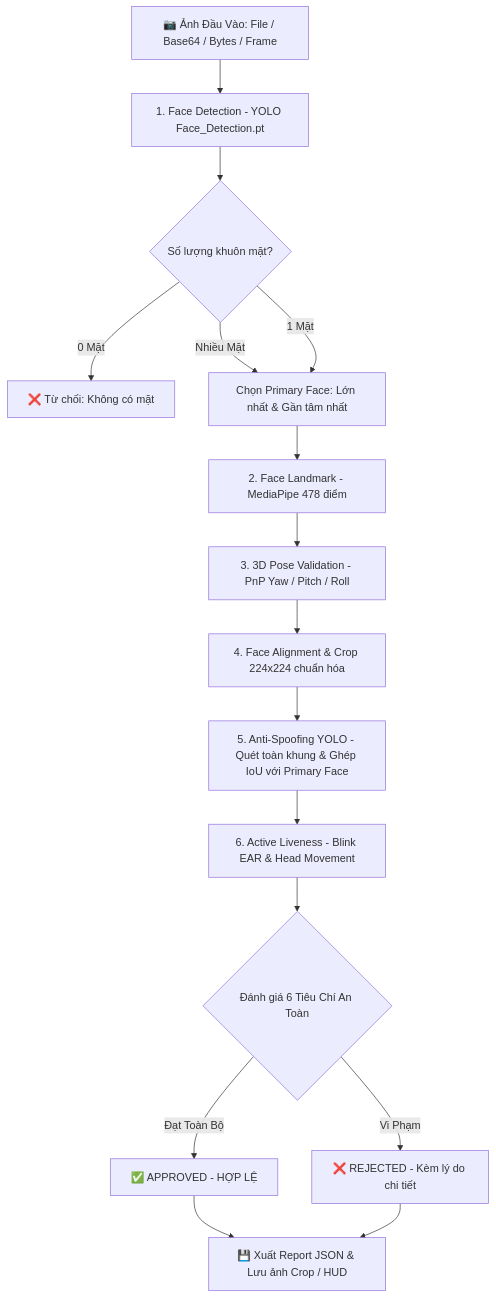
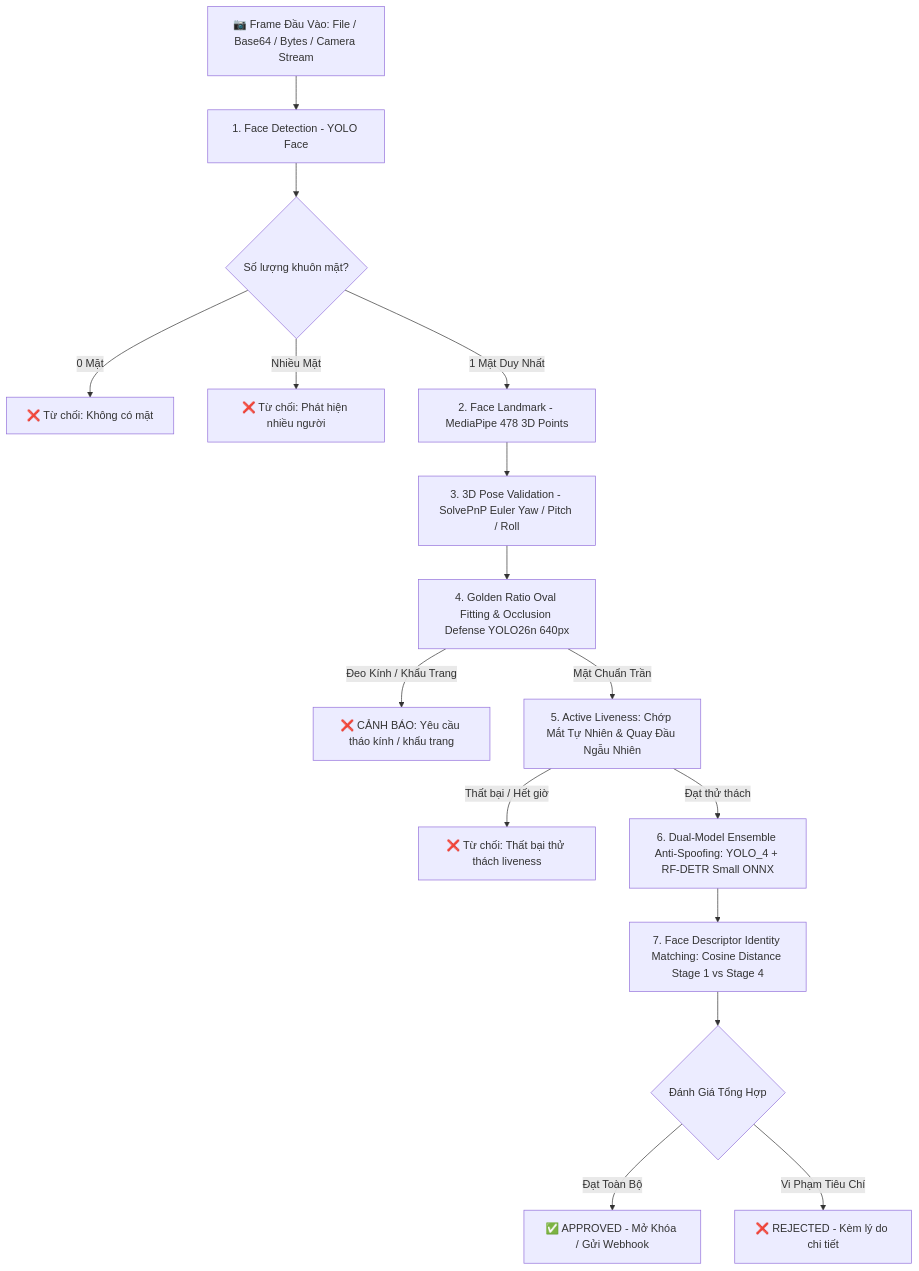
Before and after one commit to GiantKy/EKYC_release: the diagram in server_module/README.md, drawn with Mermaid. The commit also changed other lines of this file and 7 other files, not shown here.

Commit message:
feat: add E-KYC pipeline server module with ensemble anti-spoofing and web interfaces

````diff
--- a/server_module/README.md
+++ b/server_module/README.md
@@ -29,18 +24,18 @@
 ```mermaid
 flowchart TD
-    A[📷 Ảnh Đầu Vào: File / Base64 / Bytes / Frame] --> B[1. Face Detection - YOLO Face_Detection.pt]
+    A[📷 Frame Đầu Vào: File / Base64 / Bytes / Camera Stream] --> B[1. Face Detection - YOLO Face]
     B --> C{Số lượng khuôn mặt?}
     C -->|0 Mặt| X1[❌ Từ chối: Không có mặt]
-    C -->|Nhiều Mặt| D[Chọn Primary Face: Lớn nhất & Gần tâm nhất]
-    C -->|1 Mặt| D
-    D --> E[2. Face Landmark - MediaPipe 478 điểm]
-    E --> F[3. 3D Pose Validation - PnP Yaw / Pitch / Roll]
-    F --> G[4. Face Alignment & Crop 224x224 chuẩn hóa]
-    G --> H[5. Anti-Spoofing YOLO - Quét toàn khung & Ghép IoU với Primary Face]
-    H --> I[6. Active Liveness - Blink EAR & Head Movement]
-    I --> J{Đánh giá 6 Tiêu Chí An Toàn}
-    J -->|Đạt Toàn Bộ| K[✅ APPROVED - HỢP LỆ]
-    J -->|Vi Phạm| L[❌ REJECTED - Kèm lý do chi tiết]
-    K --> M[💾 Xuất Report JSON & Lưu ảnh Crop / HUD]
-    L --> M
+    C -->|Nhiều Mặt| X2[❌ Từ chối: Phát hiện nhiều người]
+    C -->|1 Mặt Duy Nhất| D[2. Face Landmark - MediaPipe 478 3D Points]
+    D --> E[3. 3D Pose Validation - SolvePnP Euler Yaw / Pitch / Roll]
+    E --> F[4. Golden Ratio Oval Fitting & Occlusion Defense YOLO26n 640px]
+    F -->|Đeo Kính / Khẩu Trang| X3[❌ CẢNH BÁO: Yêu cầu tháo kính / khẩu trang]
+    F -->|Mặt Chuẩn Trần| G[5. Active Liveness: Chớp Mắt Tự Nhiên & Quay Đầu Ngẫu Nhiên]
+    G -->|Thất bại / Hết giờ| X4[❌ Từ chối: Thất bại thử thách liveness]
+    G -->|Đạt thử thách| H[6. Dual-Model Ensemble Anti-Spoofing: YOLO_4 + RF-DETR Small ONNX]
+    H --> I[7. Face Descriptor Identity Matching: Cosine Distance Stage 1 vs Stage 4]
+    I --> J{Đánh Giá Tổng Hợp}
+    J -->|Đạt Toàn Bộ| K[✅ APPROVED - Mở Khóa / Gửi Webhook]
+    J -->|Vi Phạm Tiêu Chí| L[❌ REJECTED - Kèm lý do chi tiết]
 ```
````
